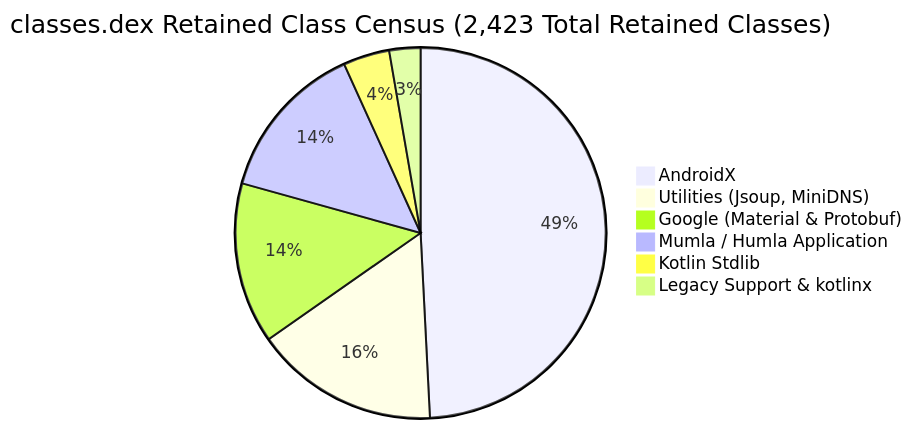
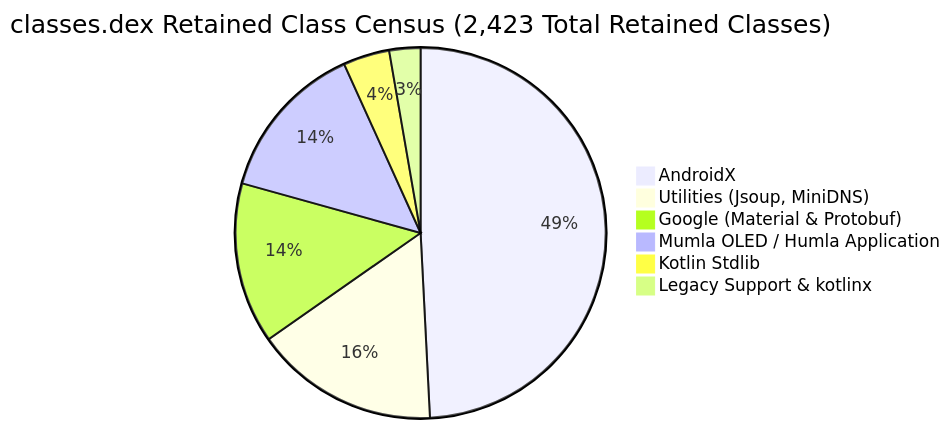
One commit to 360ied/mumla-oled changed the second of 3 diagrams in docs/apk-size-analysis/README-0.21.23.md. Above: the diagram before and after it, drawn with Mermaid. The commit also changed other lines of this file, not shown here.

````diff
--- a/docs/apk-size-analysis/README-0.21.23.md
+++ b/docs/apk-size-analysis/README-0.21.23.md
@@ -138,9 +140,9 @@
 ```mermaid
 pie title classes.dex Retained Class Census (2,423 Total Retained Classes)
     "AndroidX" : 1192
     "Utilities (Jsoup, MiniDNS)" : 390
     "Google (Material & Protobuf)" : 340
-    "Mumla / Humla Application" : 337
+    "Mumla OLED / Humla Application" : 337
     "Kotlin Stdlib" : 98
     "Legacy Support & kotlinx" : 66
 ```
````
